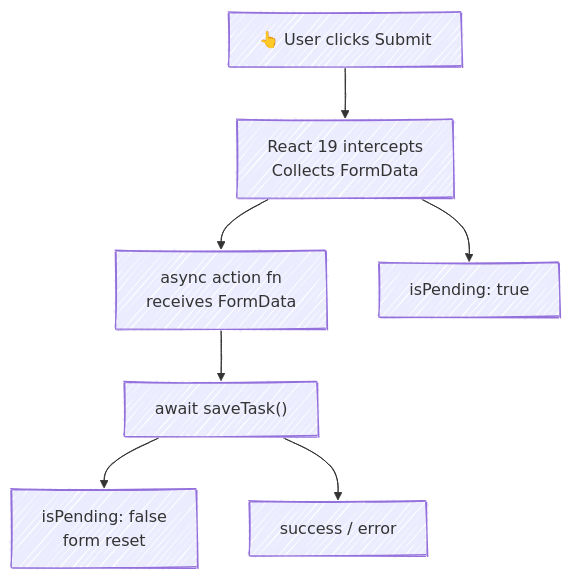
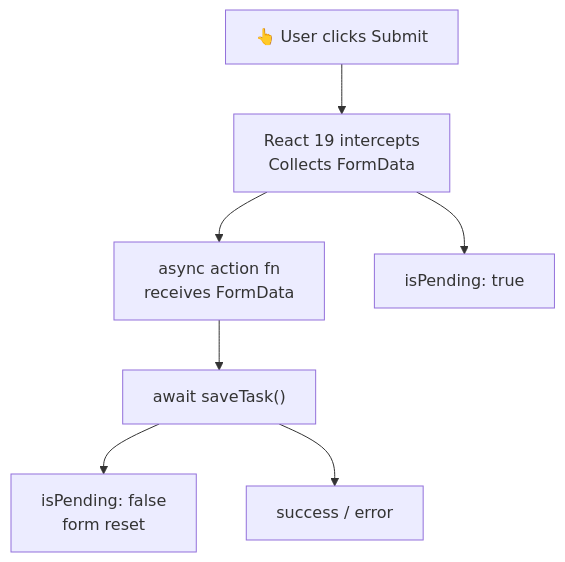
One commit to bobby-openclaw/react-learning changed the diagram in chapters/08-forms-validation/CHAPTER.md. Above: the diagram before and after it, drawn with Mermaid. The commit also changed 25 other files, not shown here.

First line of the commit message:
docs: replace all ASCII diagrams with Mermaid, remove sketch style

````diff
--- a/chapters/08-forms-validation/CHAPTER.md
+++ b/chapters/08-forms-validation/CHAPTER.md
@@ -96,10 +96,10 @@
 ```mermaid
-%%{init: {'theme': 'default', 'look': 'handDrawn'}}%%
+%%{init: {'theme':'default'}}%%
 flowchart TD
-    A["👆 User clicks Submit"] --> B["React 19 intercepts\nCollects FormData"]
-    B --> C["async action fn\nreceives FormData"]
+    A["👆 User clicks Submit"] --> B["React 19 intercepts<br/>Collects FormData"]
+    B --> C["async action fn<br/>receives FormData"]
     B --> D["isPending: true"]
     C --> E["await saveTask()"]
-    E --> F["isPending: false\nform reset"]
+    E --> F["isPending: false<br/>form reset"]
     E --> G["success / error"]
 ```
````
